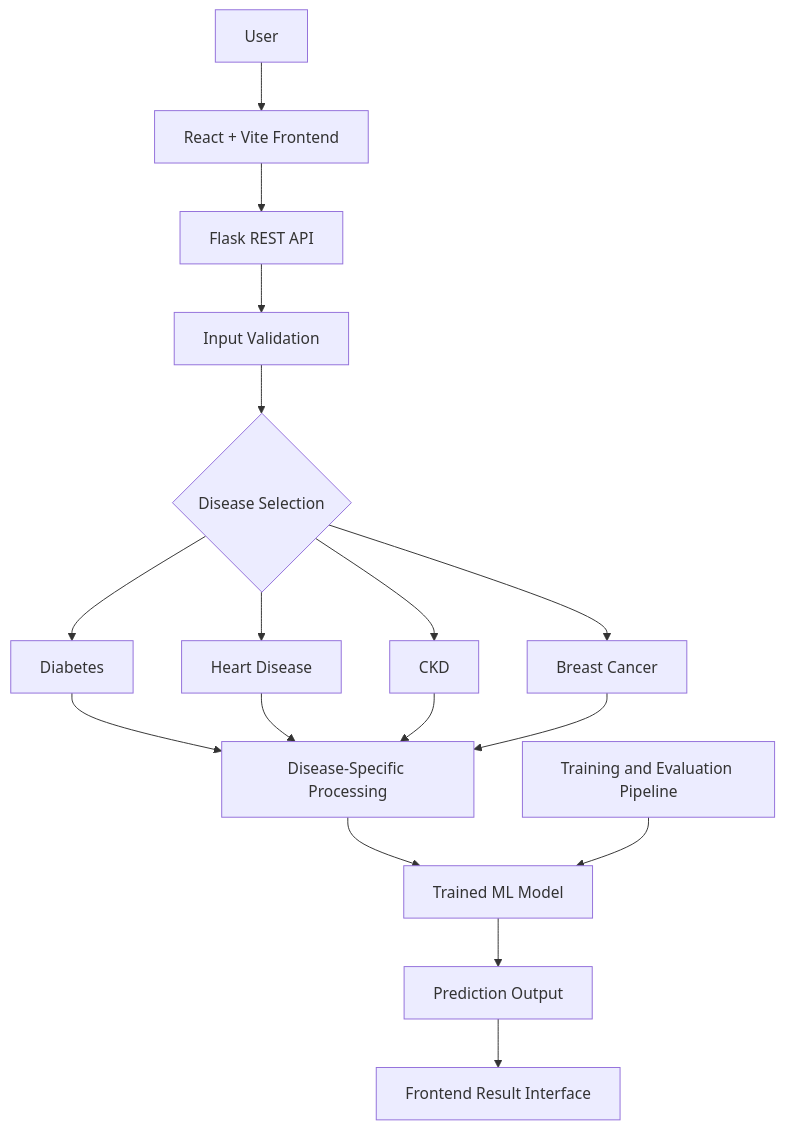
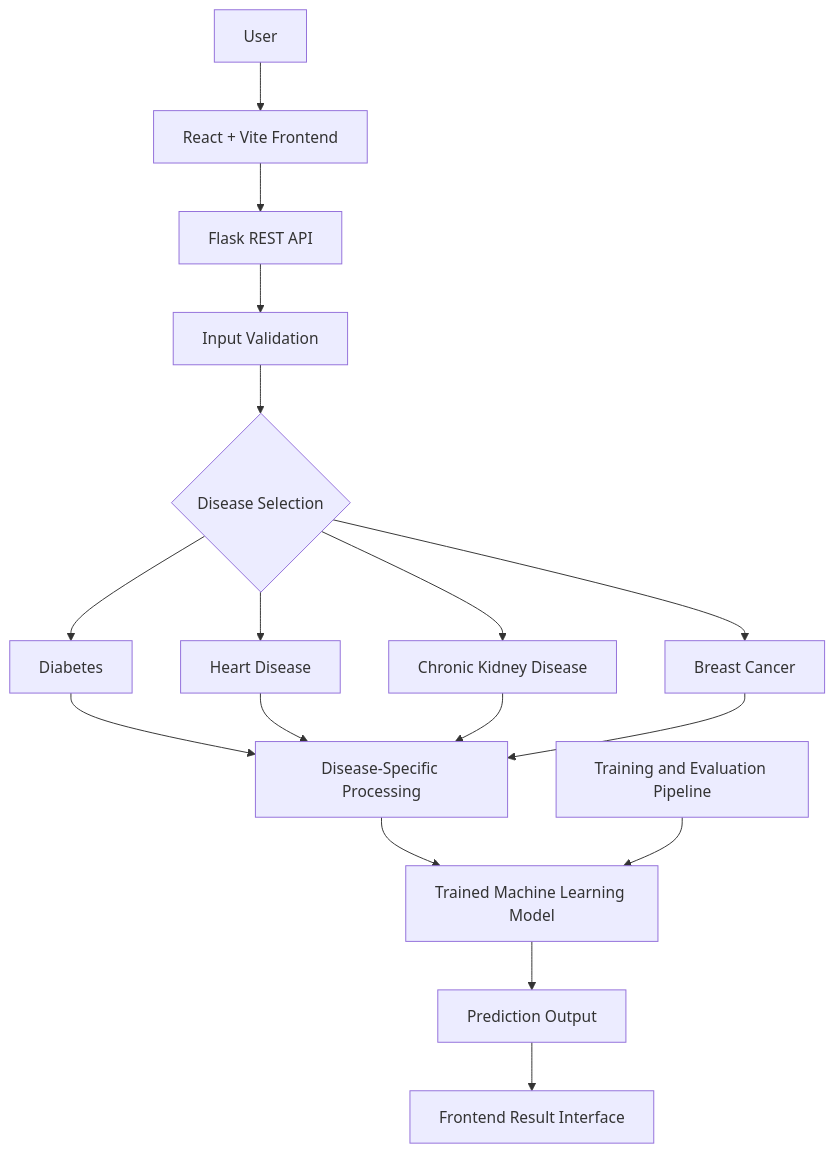
The diagram in README.md (devloperdevesh/ai-multidisease-prediction), drawn with Mermaid before and after one commit. The commit also changed other lines of this file, not shown here.

````diff
--- a/README.md
+++ b/README.md
@@ -169,23 +190,23 @@
 ```mermaid
 flowchart TD
     A[User] --> B[React + Vite Frontend]
     B --> C[Flask REST API]
     C --> D[Input Validation]
     D --> E{Disease Selection}
 
     E --> F[Diabetes]
     E --> G[Heart Disease]
-    E --> H[CKD]
+    E --> H[Chronic Kidney Disease]
     E --> I[Breast Cancer]
 
     F --> J[Disease-Specific Processing]
     G --> J
     H --> J
     I --> J
 
-    J --> K[Trained ML Model]
+    J --> K[Trained Machine Learning Model]
     K --> L[Prediction Output]
     L --> M[Frontend Result Interface]
 
     N[Training and Evaluation Pipeline] --> K
 ```
````
